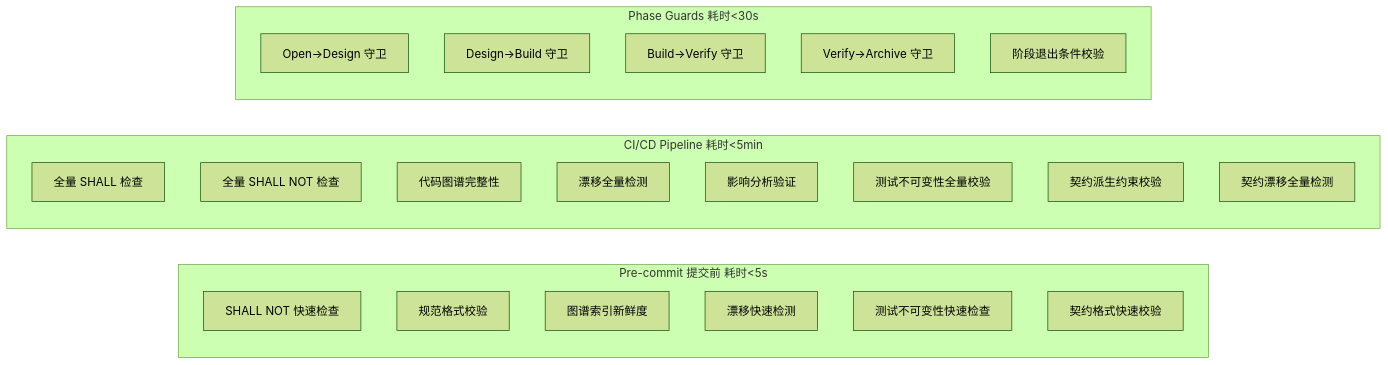
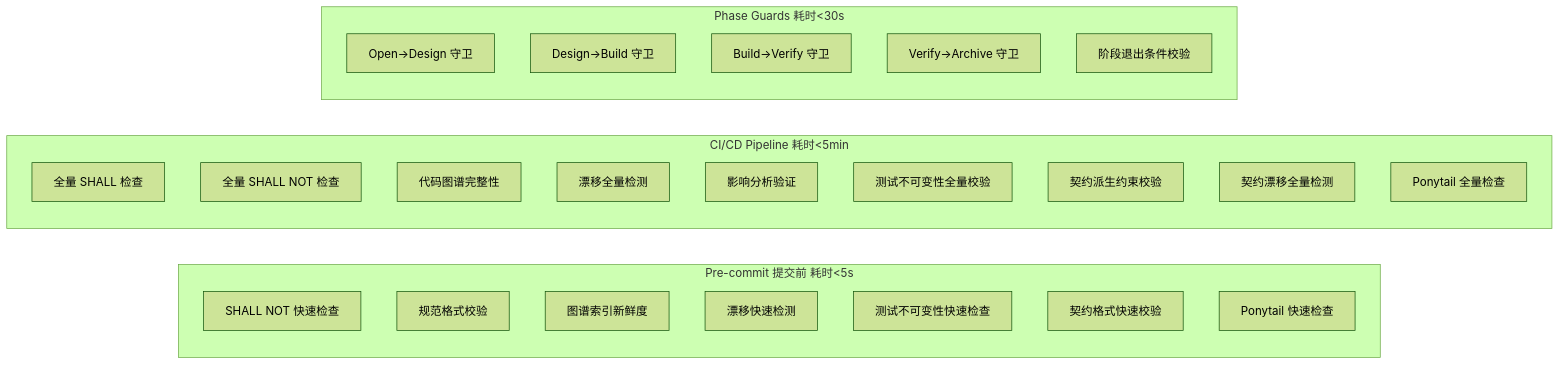
The diagram in docs/design/guard-layer.md (luckyMUMU/mumuspec), drawn with Mermaid (forest theme) before and after one commit. The commit also changed other lines of this file and 10 other files, not shown here.

````diff
--- a/docs/design/guard-layer.md
+++ b/docs/design/guard-layer.md
@@ -9,28 +9,30 @@
 ```mermaid
 graph LR
     subgraph PC["Pre-commit 提交前 耗时<5s"]
         PC1["SHALL NOT 快速检查"]
         PC2["规范格式校验"]
         PC3["图谱索引新鲜度"]
         PC4["漂移快速检测"]
         PC5["测试不可变性快速检查"]
         PC6["契约格式快速校验"]
+        PC7["Ponytail 快速检查"]
     end
     subgraph CI["CI/CD Pipeline 耗时<5min"]
         CI1["全量 SHALL 检查"]
         CI2["全量 SHALL NOT 检查"]
         CI3["代码图谱完整性"]
         CI4["漂移全量检测"]
         CI5["影响分析验证"]
         CI6["测试不可变性全量校验"]
         CI7["契约派生约束校验"]
         CI8["契约漂移全量检测"]
+        CI9["Ponytail 全量检查"]
     end
     subgraph PG["Phase Guards 耗时<30s"]
         PG1["Open→Design 守卫"]
         PG2["Design→Build 守卫"]
         PG3["Build→Verify 守卫"]
         PG4["Verify→Archive 守卫"]
         PG5["阶段退出条件校验"]
     end
 ```
````
